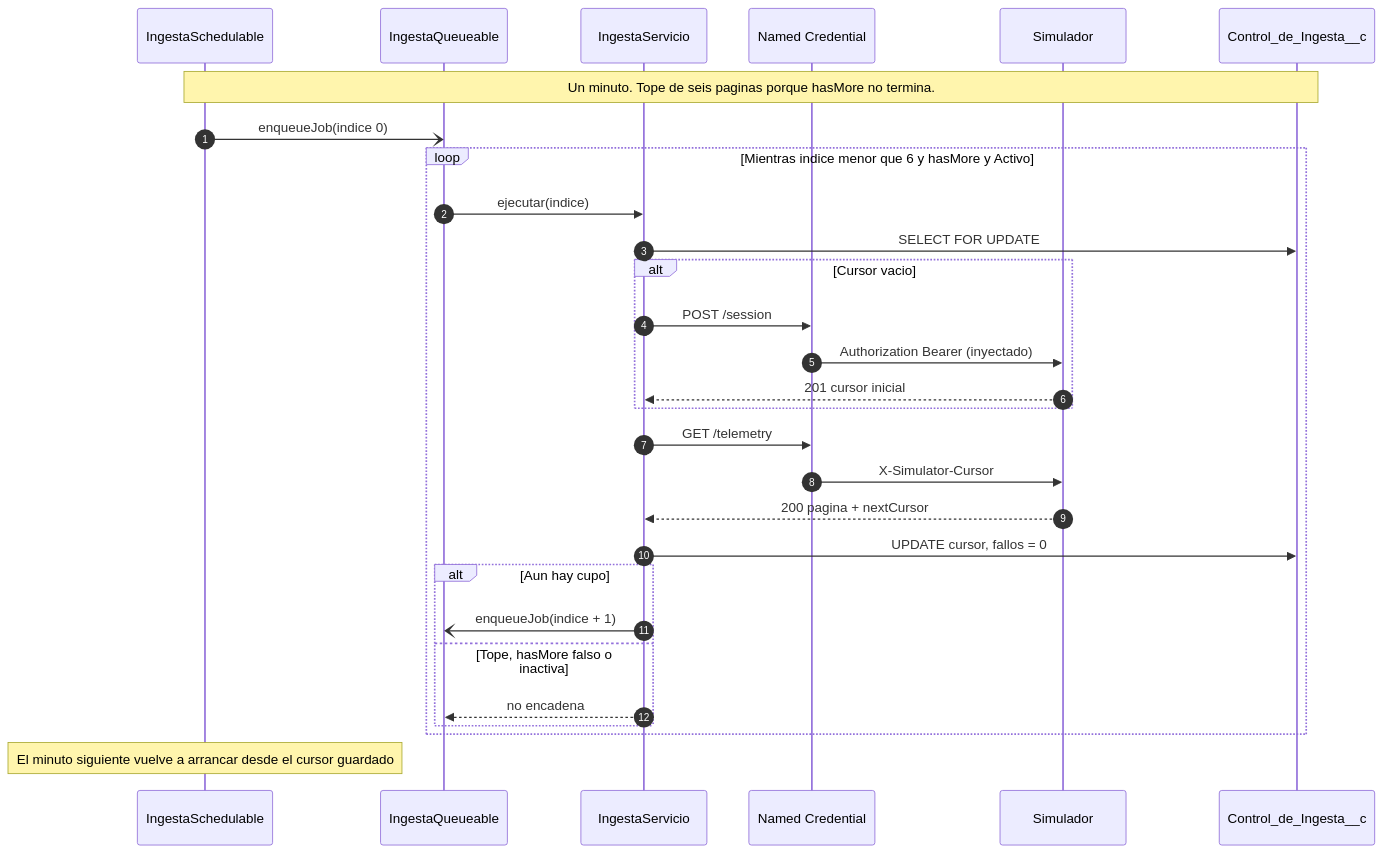
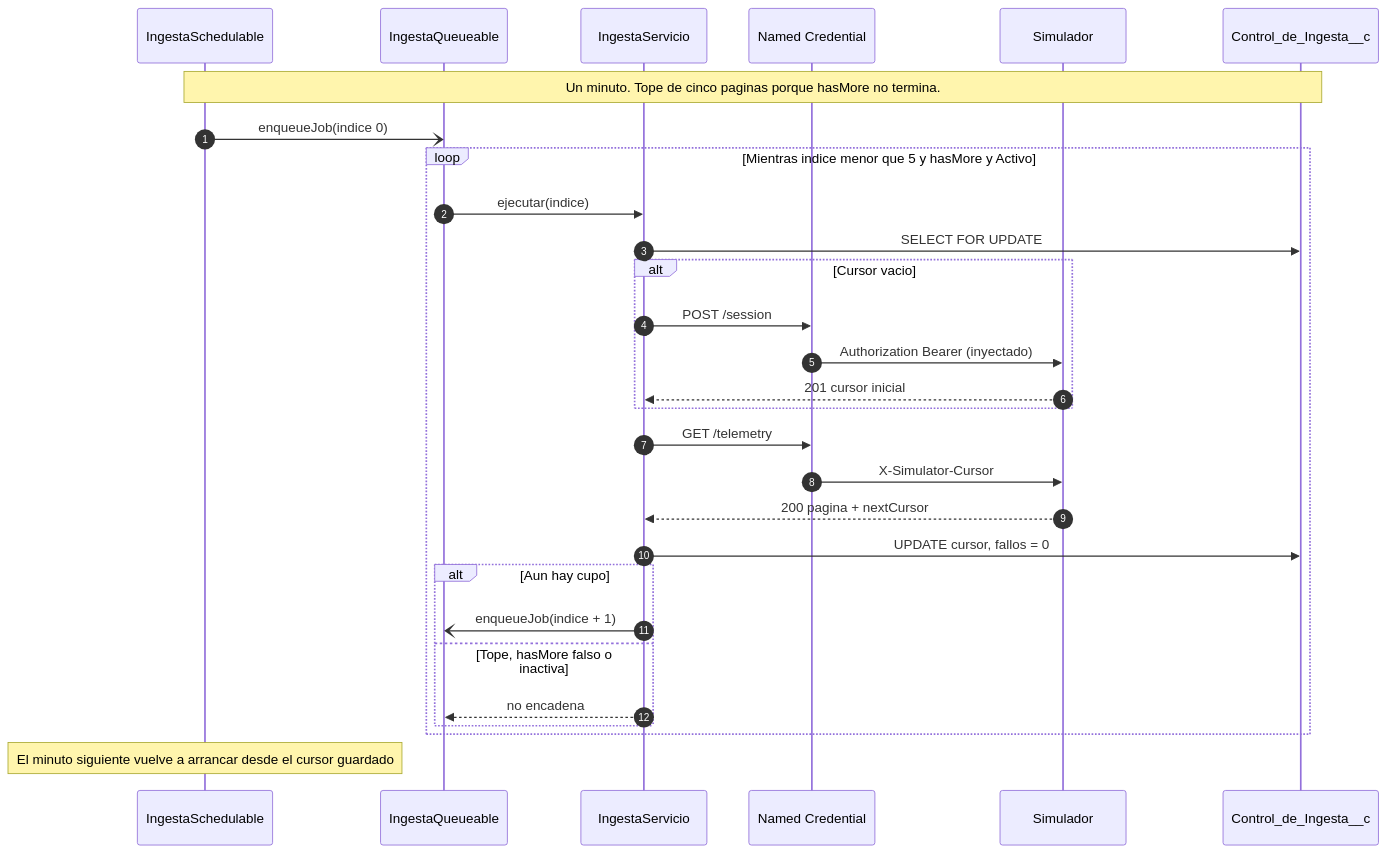
Before and after one commit to joanSFDC/nova-casa-monitoreo-activos: the first of 4 diagrams in docs/02-ingesta.md, drawn with Mermaid. The commit also changed other lines of this file and 4 other files, not shown here.

Commit message:
fix(ingesta): cadena de cinco paginas y trabajos en hora de Bogota (#162)

````diff
--- a/docs/02-ingesta.md
+++ b/docs/02-ingesta.md
@@ -419,33 +430,33 @@
 ```mermaid
 sequenceDiagram
     autonumber
     participant Sch as IngestaSchedulable
     participant Q as IngestaQueueable
     participant Svc as IngestaServicio
     participant NC as Named Credential
     participant Sim as Simulador
     participant DB as Control_de_Ingesta__c
 
-    Note over Sch,DB: Un minuto. Tope de seis paginas porque hasMore no termina.
+    Note over Sch,DB: Un minuto. Tope de cinco paginas porque hasMore no termina.
 
     Sch-)Q: enqueueJob(indice 0)
-    loop Mientras indice menor que 6 y hasMore y Activo
+    loop Mientras indice menor que 5 y hasMore y Activo
         Q->>Svc: ejecutar(indice)
         Svc->>DB: SELECT FOR UPDATE
         alt Cursor vacio
             Svc->>NC: POST /session
             NC->>Sim: Authorization Bearer (inyectado)
             Sim-->>Svc: 201 cursor inicial
         end
         Svc->>NC: GET /telemetry
         NC->>Sim: X-Simulator-Cursor
         Sim-->>Svc: 200 pagina + nextCursor
         Svc->>DB: UPDATE cursor, fallos = 0
         alt Aun hay cupo
             Svc-)Q: enqueueJob(indice + 1)
         else Tope, hasMore falso o inactiva
             Svc-->>Q: no encadena
         end
     end
     Note over Sch: El minuto siguiente vuelve a arrancar desde el cursor guardado
 ```
````
